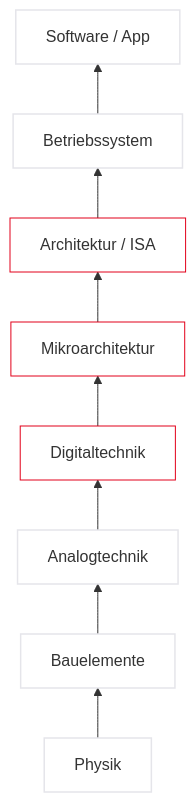
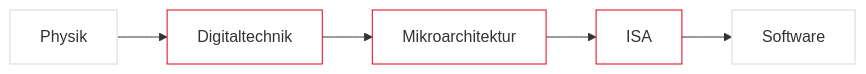
The fifth of 38 diagrams in vorlesungen/01_kickoff.qmd (dantschi/mct1), drawn with Mermaid before and after one commit. The commit also changed other lines of this file and 4 other files, not shown here.

First line of the commit message:
Verbessere Folien-Design: Typografie, Mermaid und Overflow.

````diff
--- a/vorlesungen/01_kickoff.qmd
+++ b/vorlesungen/01_kickoff.qmd
@@ -214,18 +213,12 @@
 ```{mermaid}
-graph BT
-  A[Physik] --> B[Bauelemente]
-  B --> C[Analogtechnik]
-  C --> D[Digitaltechnik]
-  D --> E[Mikroarchitektur]
-  E --> F[Architektur / ISA]
-  F --> G[Betriebssystem]
-  G --> H[Software / App]
+graph LR
+  A[Physik] --> B[Digitaltechnik]
+  B --> C[Mikroarchitektur]
+  C --> D[ISA]
+  D --> E[Software]
+  style B fill:#FFFFFF,stroke:#E2001A,stroke-width:2px !important
+  style C fill:#FFFFFF,stroke:#E2001A,stroke-width:2px !important
   style D fill:#FFFFFF,stroke:#E2001A,stroke-width:2px !important
-  style E fill:#FFFFFF,stroke:#E2001A,stroke-width:2px !important
-  style F fill:#FFFFFF,stroke:#E2001A,stroke-width:2px !important
   style A fill:#FFFFFF,stroke:#E5E5EA,stroke-width:1.5px
-  style B fill:#FFFFFF,stroke:#E5E5EA,stroke-width:1.5px
-  style C fill:#FFFFFF,stroke:#E5E5EA,stroke-width:1.5px
-  style G fill:#FFFFFF,stroke:#E5E5EA,stroke-width:1.5px
-  style H fill:#FFFFFF,stroke:#E5E5EA,stroke-width:1.5px
+  style E fill:#FFFFFF,stroke:#E5E5EA,stroke-width:1.5px
 ```
````
